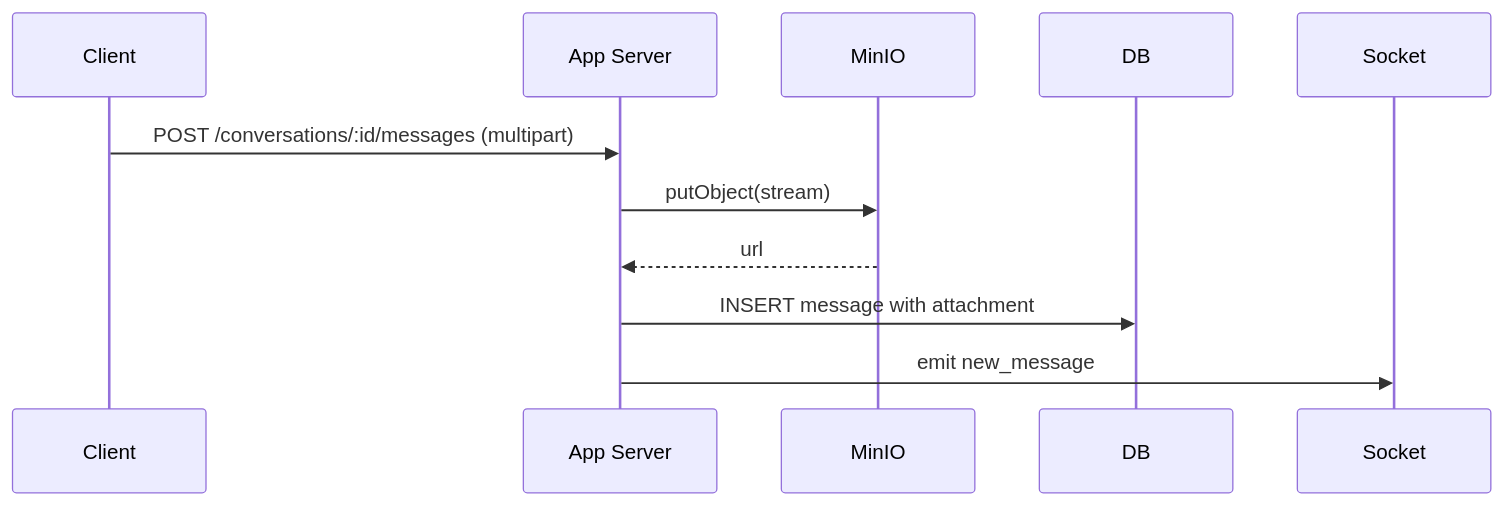
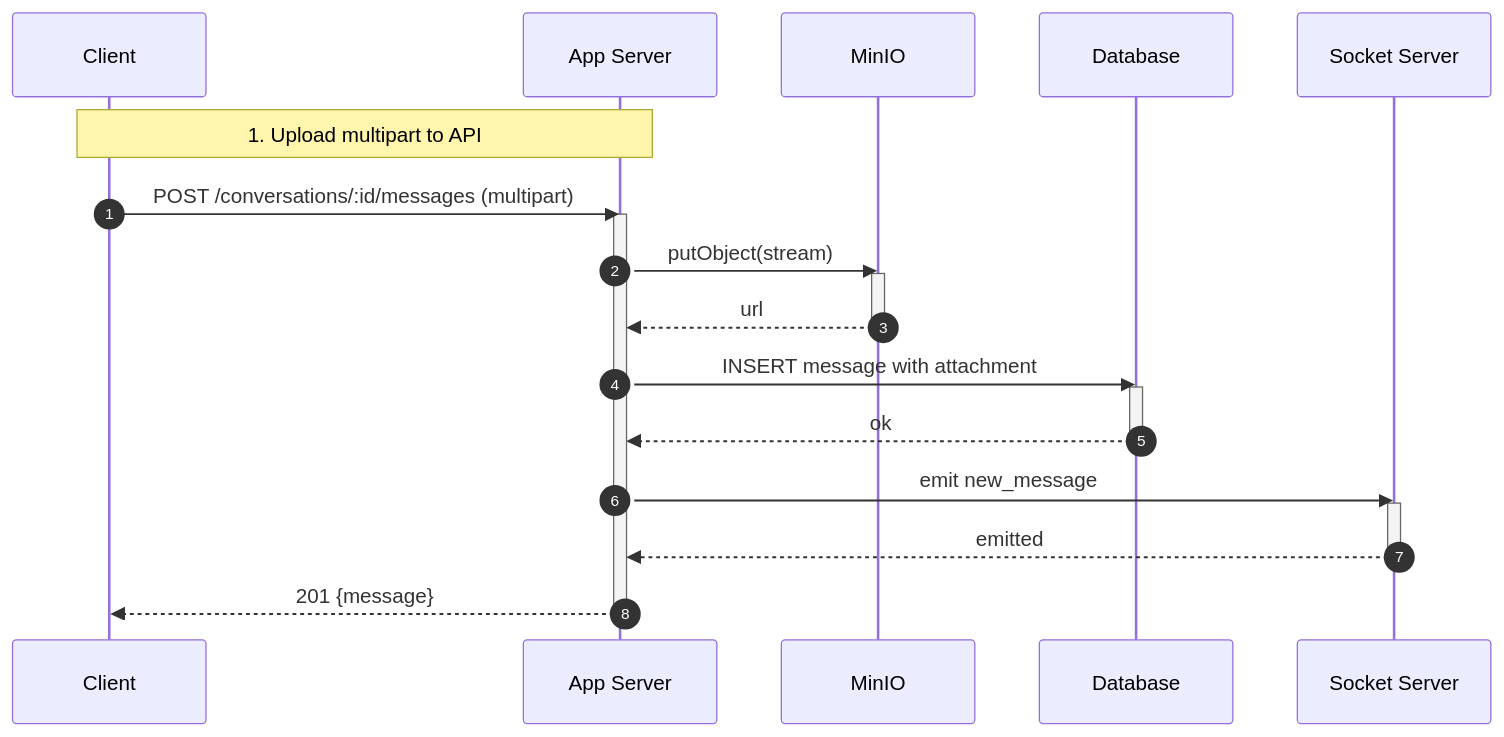
One commit to dinhhoang235/Chat-App changed the fourth of 5 diagrams in docs/media.md. Above: the diagram before and after it, drawn with Mermaid. The commit also changed other lines of this file and 12 other files, not shown here.

Commit message:
docs: enhance sequence diagrams with detailed notes for various features

````diff
--- a/docs/media.md
+++ b/docs/media.md
@@ -76,12 +136,27 @@
 ```mermaid
 sequenceDiagram
+  autonumber
   participant C as Client
   participant API as App Server
   participant Min as MinIO
+  participant DB as Database
+  participant Socket as Socket Server
 
+  Note over C,API: 1. Upload multipart to API
   C->>API: POST /conversations/:id/messages (multipart)
+  activate API
   API->>Min: putObject(stream)
+  activate Min
   Min-->>API: url
+  deactivate Min
   API->>DB: INSERT message with attachment
+  activate DB
+  DB-->>API: ok
+  deactivate DB
   API->>Socket: emit new_message
+  activate Socket
+  Socket-->>API: emitted
+  deactivate Socket
+  API-->>C: 201 {message}
+  deactivate API
 ```
````
